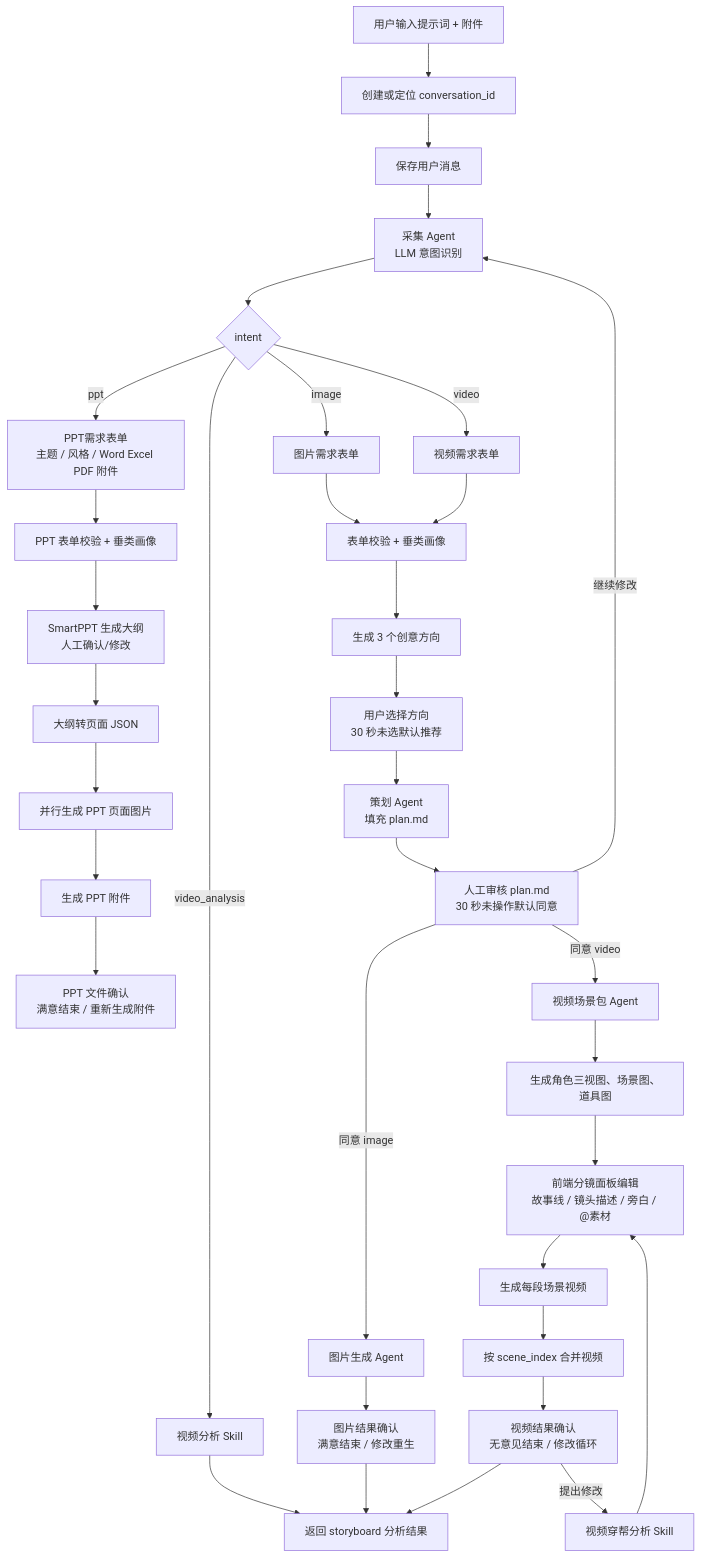
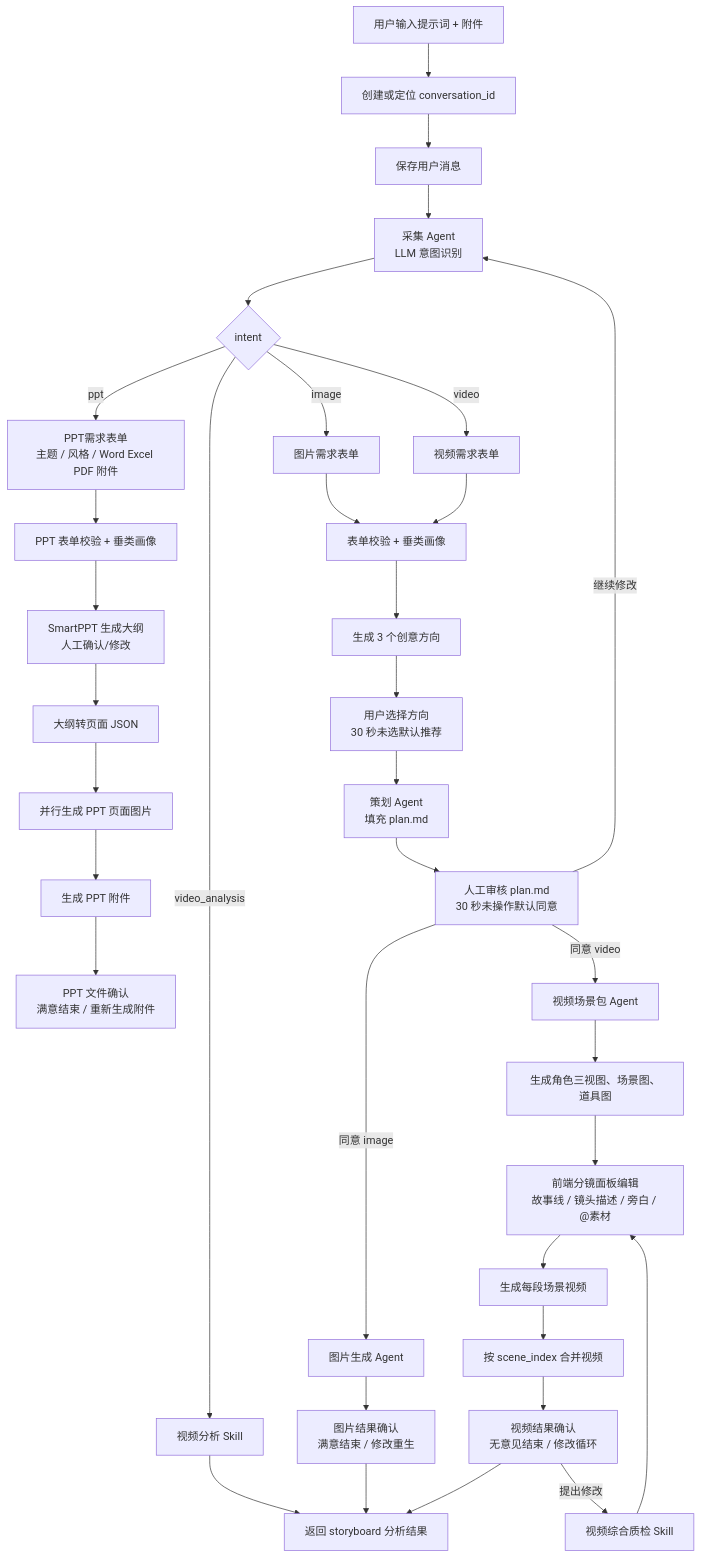
Before and after one commit to joyslxd/pixelflow: the second of 7 diagrams in docs/pixelflow-agent-skill-flow-latest-design.md, drawn with Mermaid. The commit also changed other lines of this file and 11 other files, not shown here.

````diff
--- a/docs/pixelflow-agent-skill-flow-latest-design.md
+++ b/docs/pixelflow-agent-skill-flow-latest-design.md
@@ -45,37 +45,37 @@
 ```mermaid
 flowchart TD
   A["用户输入提示词 + 附件"] --> B["创建或定位 conversation_id"]
   B --> C["保存用户消息"]
   C --> D["采集 Agent<br/>LLM 意图识别"]
   D --> E{"intent"}
   E -->|"video_analysis"| VA["视频分析 Skill"]
   E -->|"image"| IF["图片需求表单"]
   E -->|"video"| VF["视频需求表单"]
   E -->|"ppt"| PF["PPT需求表单<br/>主题 / 风格 / Word Excel PDF 附件"]
   IF --> IV["表单校验 + 垂类画像"]
   VF --> IV
   PF --> PIV["PPT 表单校验 + 垂类画像"]
   PIV --> PSUM["SmartPPT 生成大纲<br/>人工确认/修改"]
   PSUM --> PJSON["大纲转页面 JSON"]
   PJSON --> PIMG["并行生成 PPT 页面图片"]
   PIMG --> PFILE["生成 PPT 附件"]
   PFILE --> PDONE["PPT 文件确认<br/>满意结束 / 重新生成附件"]
   IV --> DIR["生成 3 个创意方向"]
   DIR --> CHOOSE["用户选择方向<br/>30 秒未选默认推荐"]
   CHOOSE --> PLAN["策划 Agent<br/>填充 plan.md"]
   PLAN --> REVIEW["人工审核 plan.md<br/>30 秒未操作默认同意"]
   REVIEW -->|"继续修改"| D
   REVIEW -->|"同意 image"| IMG["图片生成 Agent"]
   REVIEW -->|"同意 video"| VP["视频场景包 Agent"]
   IMG --> IR["图片结果确认<br/>满意结束 / 修改重生"]
   VP --> SA["生成角色三视图、场景图、道具图"]
   SA --> SB["前端分镜面板编辑<br/>故事线 / 镜头描述 / 旁白 / @素材"]
   SB --> SV["生成每段场景视频"]
   SV --> MERGE["按 scene_index 合并视频"]
   MERGE --> VR["视频结果确认<br/>无意见结束 / 修改循环"]
-  VR -->|"提出修改"| FLAW["视频穿帮分析 Skill"]
-  FLAW --> SB
+  VR -->|"提出修改"| QC["视频综合质检 Skill"]
+  QC --> SB
   VA --> DONE["返回 storyboard 分析结果"]
   IR --> DONE
   VR --> DONE
 ```
````
